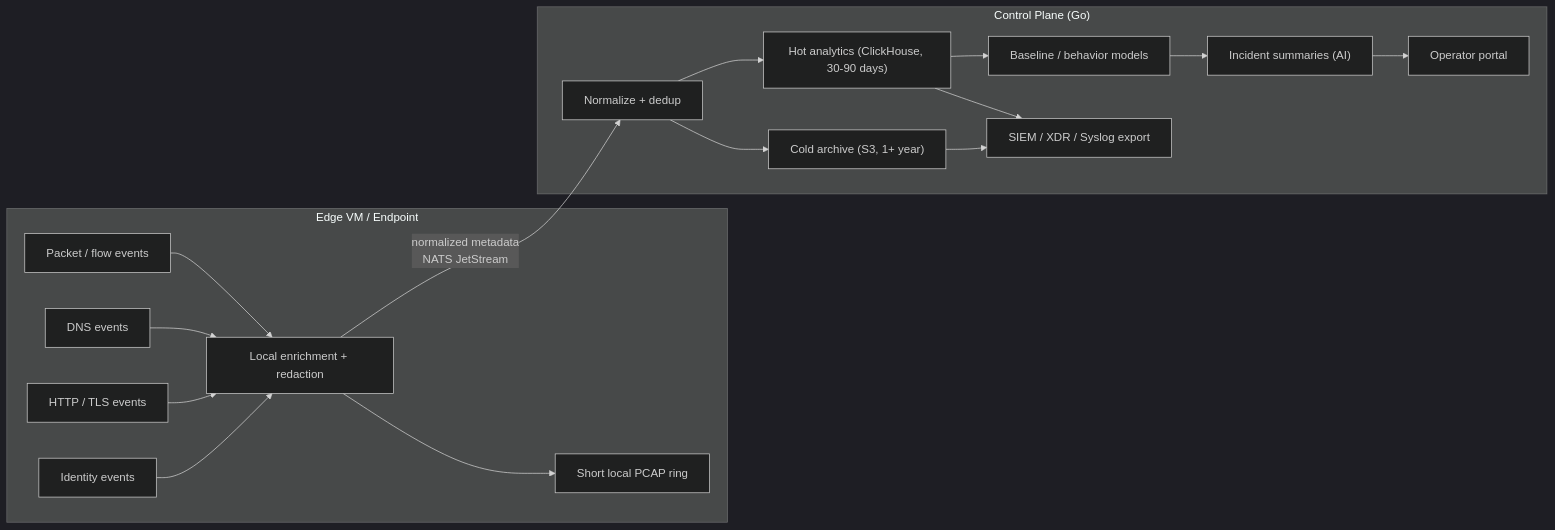
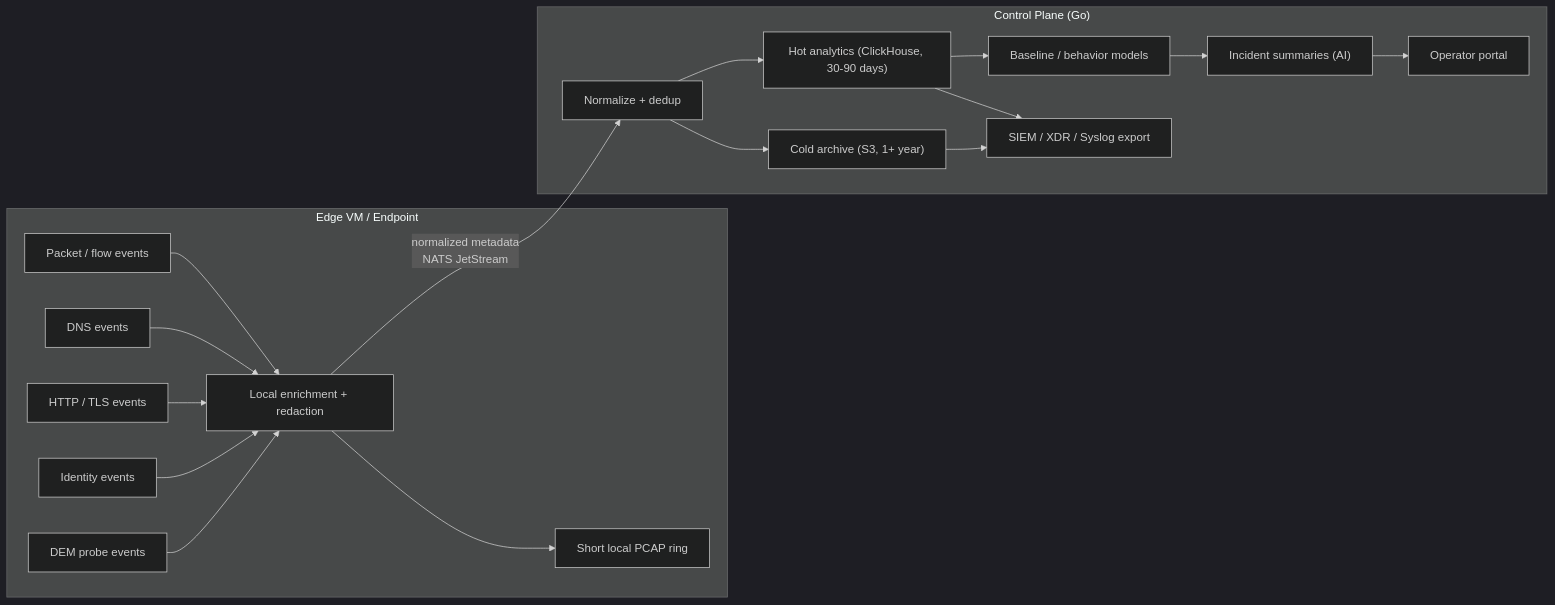
One commit to kennguy3n/visible-fishbone changed the second of 2 diagrams in ARCHITECTURE.md. Above: the diagram before and after it, drawn with Mermaid (dark theme). The commit also changed other lines of this file and 43 other files, not shown here.

````diff
--- a/ARCHITECTURE.md
+++ b/ARCHITECTURE.md
@@ -660,35 +700,37 @@
 ```mermaid
 graph LR
     subgraph "Edge VM / Endpoint"
         Pkts["Packet / flow events"]
         DNS["DNS events"]
         HTTP["HTTP / TLS events"]
         Ident["Identity events"]
+        DEM["DEM probe events"]
         Local["Local enrichment + redaction"]
         Ring["Short local PCAP ring"]
         Pkts --> Local
         DNS --> Local
         HTTP --> Local
         Ident --> Local
+        DEM --> Local
         Local --> Ring
     end
 
     subgraph "Control Plane (Go)"
         Norm["Normalize + dedup"]
         HotDB["Hot analytics (ClickHouse, 30-90 days)"]
         Archive["Cold archive (S3, 1+ year)"]
         Models["Baseline / behavior models"]
         Summ["Incident summaries (AI)"]
         Portal["Operator portal"]
         Export["SIEM / XDR / Syslog export"]
     end
 
     Local -->|"normalized metadata<br/>NATS JetStream"| Norm
     Norm --> HotDB
     Norm --> Archive
     HotDB --> Models
     Models --> Summ
     Summ --> Portal
     HotDB --> Export
     Archive --> Export
 ```
````
